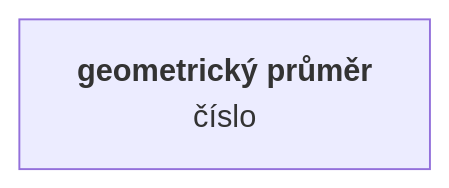
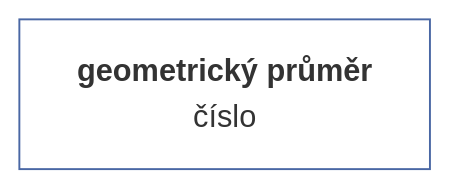
One commit to muzikp/retusa changed the seventh of 23 diagrams in docs/cs-CZ/vector.md. Above: the diagram before and after it, drawn with Mermaid. The commit also changed other lines of this file and 17 other files, not shown here.

````diff
--- a/docs/cs-CZ/vector.md
+++ b/docs/cs-CZ/vector.md
@@ -190,4 +208,7 @@
 ```mermaid
 graph TD
-A[<b>geometrický průměr<br></b>číslo]
+geomean[<b>geometrický průměr<br></b>číslo]
+style geomean fill:#FFFFFF;
+style geomean stroke:#4967A4;
+
 ```
````
